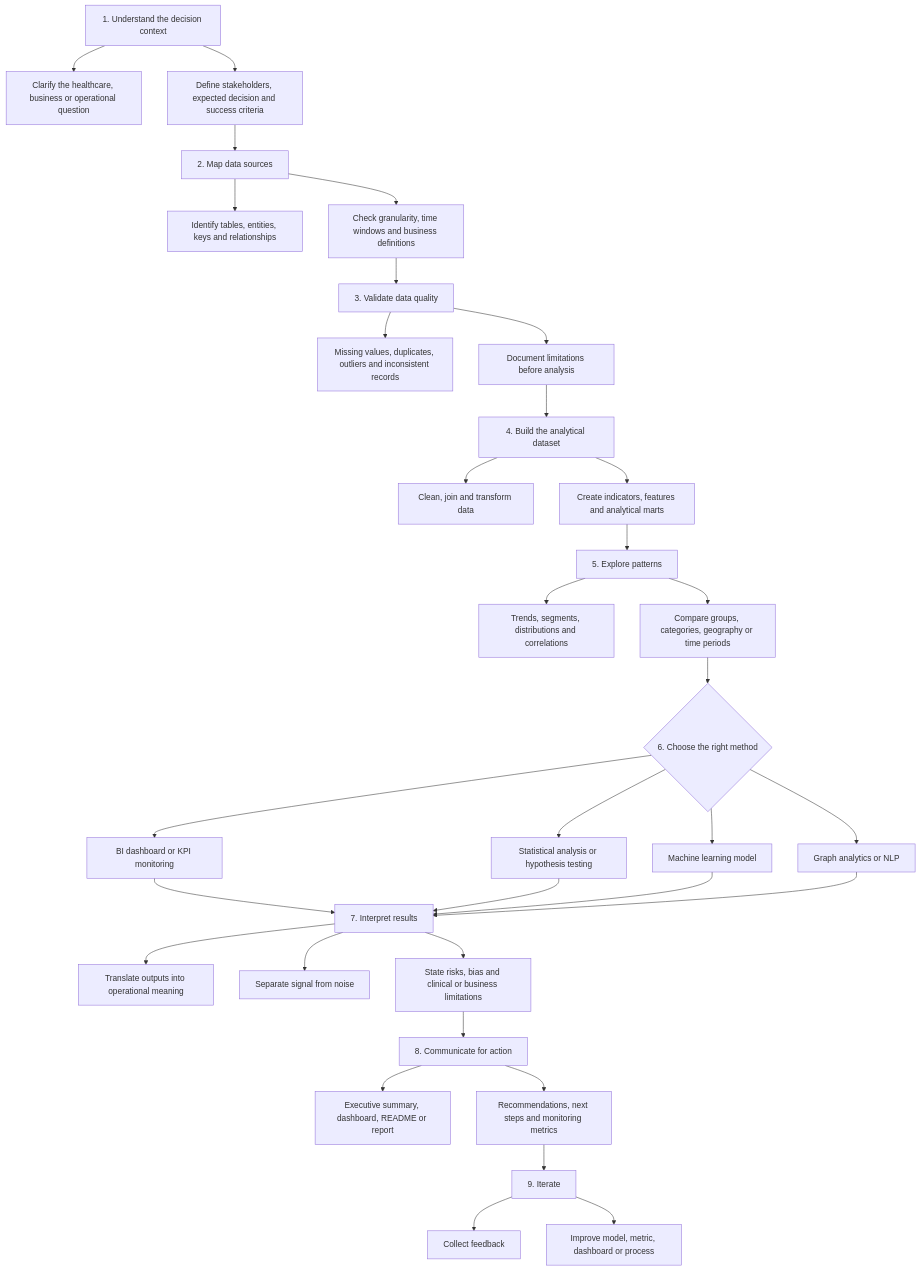
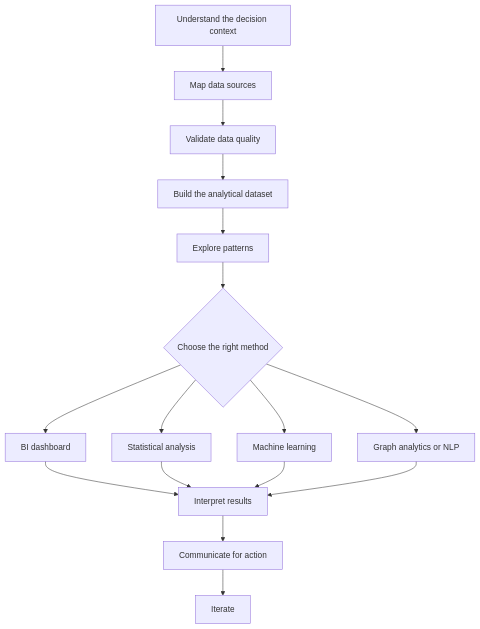
The diagram in README.md (luandarod/luandarodrigues), drawn with Mermaid before and after one commit. The commit also changed other lines of this file, not shown here.

````diff
--- a/README.md
+++ b/README.md
@@ -217,44 +191,18 @@
 ```mermaid
 flowchart TB
-    A[1. Understand the decision context] --> A1[Clarify the healthcare, business or operational question]
-    A --> A2[Define stakeholders, expected decision and success criteria]
-
-    A2 --> B[2. Map data sources]
-    B --> B1[Identify tables, entities, keys and relationships]
-    B --> B2[Check granularity, time windows and business definitions]
-
-    B2 --> C[3. Validate data quality]
-    C --> C1[Missing values, duplicates, outliers and inconsistent records]
-    C --> C2[Document limitations before analysis]
-
-    C2 --> D[4. Build the analytical dataset]
-    D --> D1[Clean, join and transform data]
-    D --> D2[Create indicators, features and analytical marts]
-
-    D2 --> E[5. Explore patterns]
-    E --> E1[Trends, segments, distributions and correlations]
-    E --> E2[Compare groups, categories, geography or time periods]
-
-    E2 --> F{6. Choose the right method}
-    F --> F1[BI dashboard or KPI monitoring]
-    F --> F2[Statistical analysis or hypothesis testing]
-    F --> F3[Machine learning model]
+    A[Understand the decision context] --> B[Map data sources]
+    B --> C[Validate data quality]
+    C --> D[Build the analytical dataset]
+    D --> E[Explore patterns]
+    E --> F{Choose the right method}
+    F --> F1[BI dashboard]
+    F --> F2[Statistical analysis]
+    F --> F3[Machine learning]
     F --> F4[Graph analytics or NLP]
-
-    F1 --> G[7. Interpret results]
+    F1 --> G[Interpret results]
     F2 --> G
     F3 --> G
     F4 --> G
-
-    G --> G1[Translate outputs into operational meaning]
-    G --> G2[Separate signal from noise]
-    G --> G3[State risks, bias and clinical or business limitations]
-
-    G3 --> H[8. Communicate for action]
-    H --> H1[Executive summary, dashboard, README or report]
-    H --> H2[Recommendations, next steps and monitoring metrics]
-
-    H2 --> I[9. Iterate]
-    I --> I1[Collect feedback]
-    I --> I2[Improve model, metric, dashboard or process]
+    G --> H[Communicate for action]
+    H --> I[Iterate]
 ```
````
